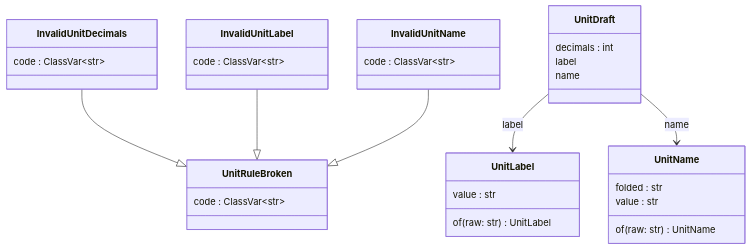
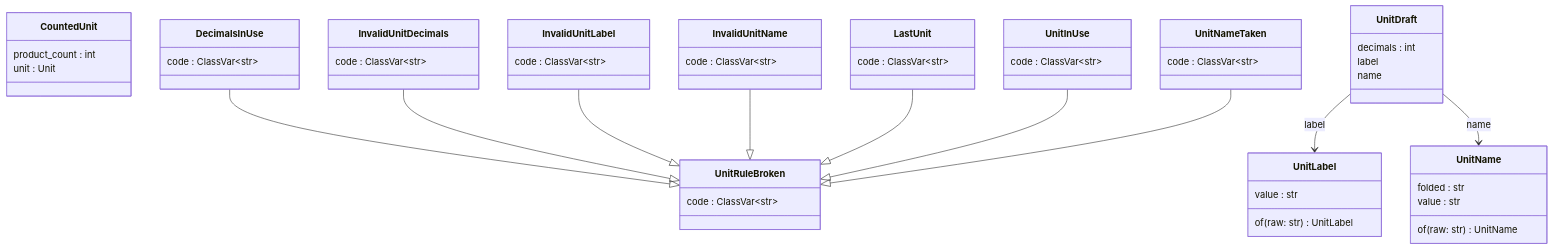
One commit to GonzaloZevallos/apostrophe changed the second of 4 diagrams in docs/architecture/generated/classes/units.md. Above: the diagram before and after it, drawn with Mermaid. The commit also changed other lines of this file and 4 other files, not shown here.

Commit message:
Regenerate the API and architecture docs for the units routes

````diff
--- a/docs/architecture/generated/classes/units.md
+++ b/docs/architecture/generated/classes/units.md
@@ -49,34 +59,54 @@
 ```mermaid
 classDiagram
+  class CountedUnit {
+    product_count : int
+    unit : Unit
+  }
+  class DecimalsInUse {
+    code : ClassVar~str~
+  }
   class InvalidUnitDecimals {
     code : ClassVar~str~
   }
   class InvalidUnitLabel {
     code : ClassVar~str~
   }
   class InvalidUnitName {
     code : ClassVar~str~
   }
+  class LastUnit {
+    code : ClassVar~str~
+  }
   class UnitDraft {
     decimals : int
     label
     name
+  }
+  class UnitInUse {
+    code : ClassVar~str~
   }
   class UnitLabel {
     value : str
     of(raw: str) UnitLabel
   }
   class UnitName {
     folded : str
     value : str
     of(raw: str) UnitName
   }
+  class UnitNameTaken {
+    code : ClassVar~str~
+  }
   class UnitRuleBroken {
     code : ClassVar~str~
   }
+  DecimalsInUse --|> UnitRuleBroken
   InvalidUnitDecimals --|> UnitRuleBroken
   InvalidUnitLabel --|> UnitRuleBroken
   InvalidUnitName --|> UnitRuleBroken
+  LastUnit --|> UnitRuleBroken
   UnitDraft --> UnitLabel : label
   UnitDraft --> UnitName : name
+  UnitInUse --|> UnitRuleBroken
+  UnitNameTaken --|> UnitRuleBroken
 ```
````
